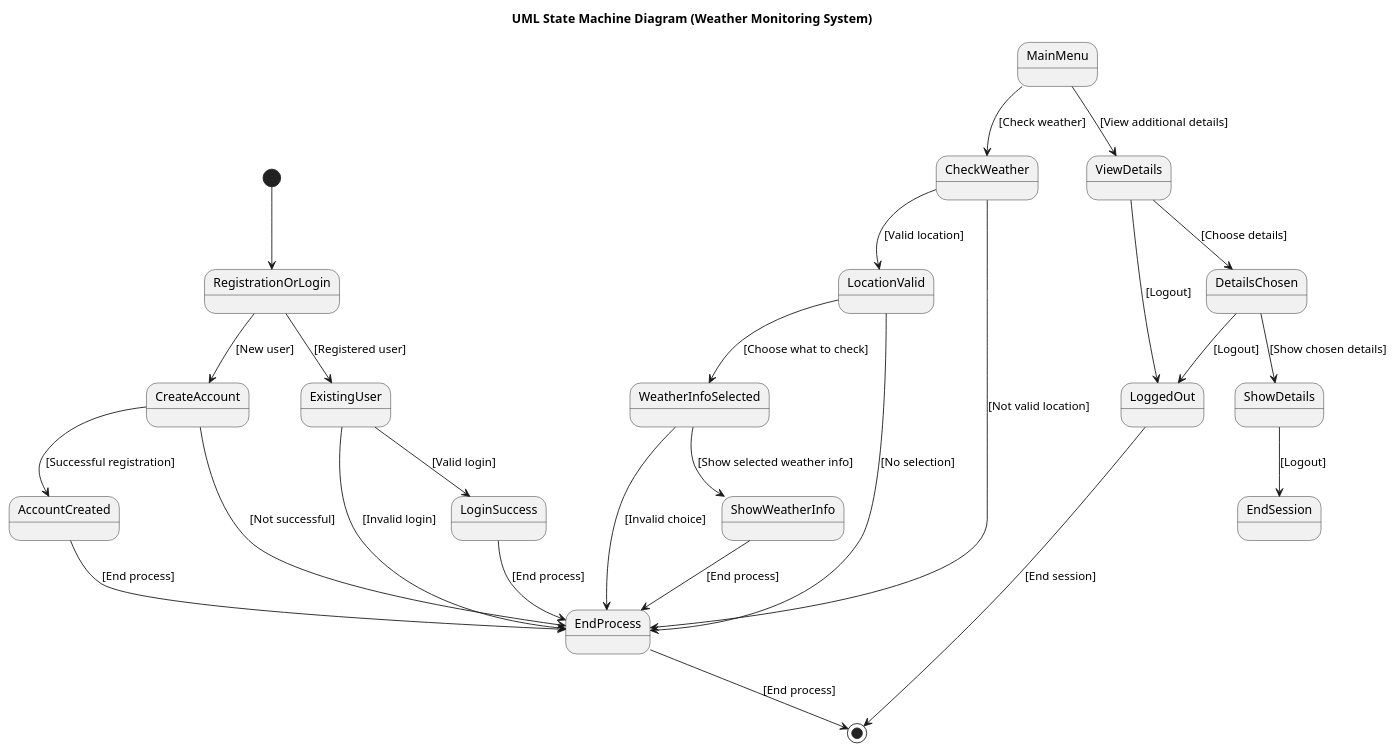
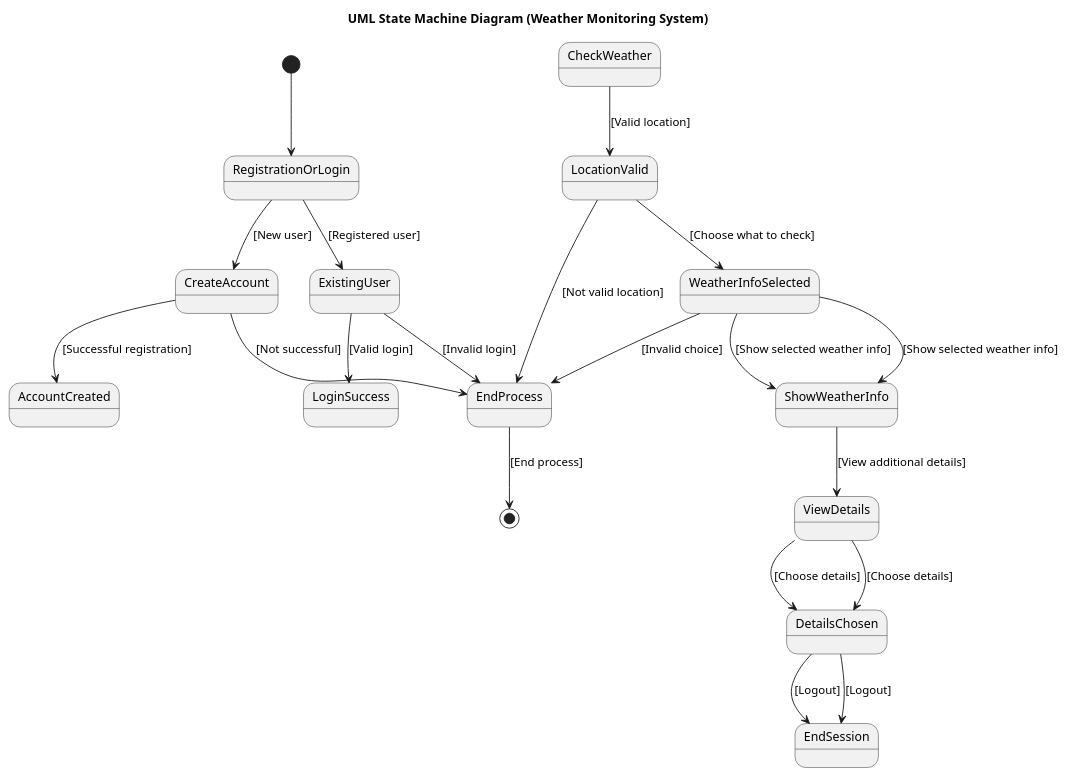
One commit to maimunafaria/State_transition_Diagram_generated_by_LLM changed the diagram in results/plantuml_pipeline_run2/runs/open_source__qwen25_7b_instruct__rag_validation_generator_critic_repair/case_16_weather_monitoring_system/run_01.repair_05.puml. Above: the diagram before and after it, drawn with PlantUML. The commit also changed 148 other files, not shown here.

```diff
--- a/results/plantuml_pipeline_run2/runs/open_source__qwen25_7b_instruct__rag_validation_generator_critic_repair/case_16_weather_monitoring_system/run_01.repair_05.puml
+++ b/results/plantuml_pipeline_run2/runs/open_source__qwen25_7b_instruct__rag_validation_generator_critic_repair/case_16_weather_monitoring_system/run_01.repair_05.puml
@@ -1,60 +1,40 @@
 @startuml
 title UML State Machine Diagram (Weather Monitoring System)
 
 [*] --> RegistrationOrLogin
 
 state RegistrationOrLogin <<choice>>
 RegistrationOrLogin --> CreateAccount : [New user]
 RegistrationOrLogin --> ExistingUser : [Registered user]
 
 state CreateAccount
 CreateAccount --> AccountCreated : [Successful registration]
 CreateAccount --> EndProcess : [Not successful]
 
 state ExistingUser
 ExistingUser --> LoginSuccess : [Valid login]
 ExistingUser --> EndProcess : [Invalid login]
 
-state MainMenu
-MainMenu --> CheckWeather : [Check weather]
-MainMenu --> ViewDetails : [View additional details]
-
 state CheckWeather
 CheckWeather --> LocationValid : [Valid location]
-CheckWeather --> EndProcess : [Not valid location]
+LocationValid --> WeatherInfoSelected : [Choose what to check]
+WeatherInfoSelected --> ShowWeatherInfo : [Show selected weather info]
+ShowWeatherInfo --> ViewDetails : [View additional details]
+ViewDetails --> DetailsChosen : [Choose details]
+DetailsChosen --> EndSession : [Logout]
 
 state LocationValid
-LocationValid --> WeatherInfoSelected : [Choose what to check]
-LocationValid --> EndProcess : [No selection]
+LocationValid --> EndProcess : [Not valid location]
 
 state WeatherInfoSelected
 WeatherInfoSelected --> ShowWeatherInfo : [Show selected weather info]
 WeatherInfoSelected --> EndProcess : [Invalid choice]
 
 state ViewDetails
 ViewDetails --> DetailsChosen : [Choose details]
-ViewDetails --> LoggedOut : [Logout]
+DetailsChosen --> EndSession : [Logout]
 
-state DetailsChosen
-DetailsChosen --> ShowDetails : [Show chosen details]
-DetailsChosen --> LoggedOut : [Logout]
-
-state ShowWeatherInfo
-ShowWeatherInfo --> EndProcess : [End process]
-
-state ShowDetails
-ShowDetails --> EndSession : [Logout]
-
-state AccountCreated
-AccountCreated --> EndProcess : [End process]
-
-state LoginSuccess
-LoginSuccess --> EndProcess : [End process]
-
-state EndProcess
+state EndProcess <<terminal>>
 EndProcess --> [*] : [End process]
 
-state LoggedOut
-LoggedOut --> [*] : [End session]
-
 @enduml
```
